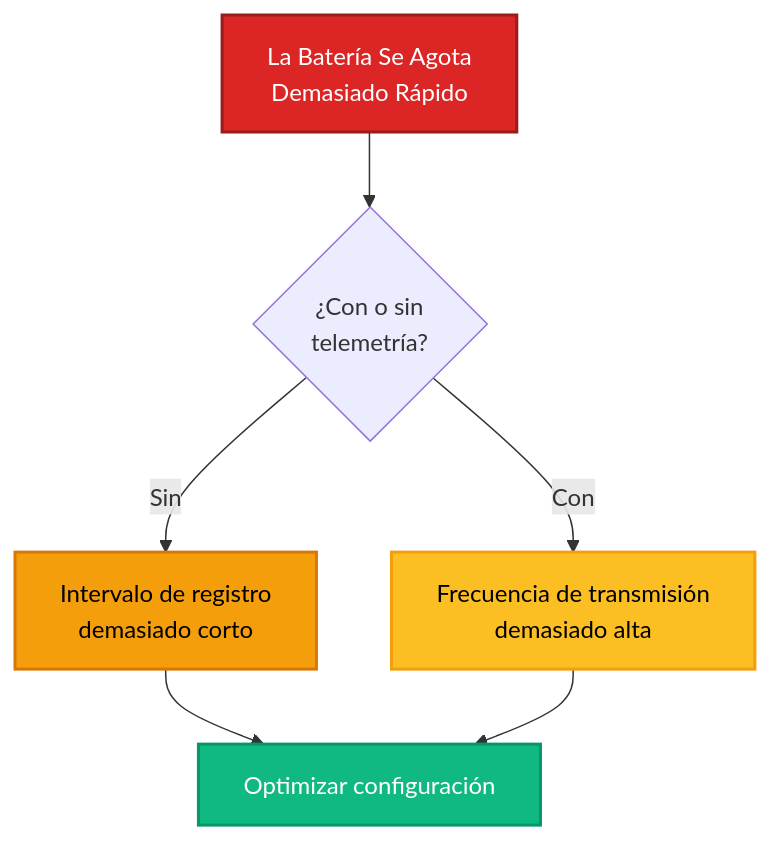
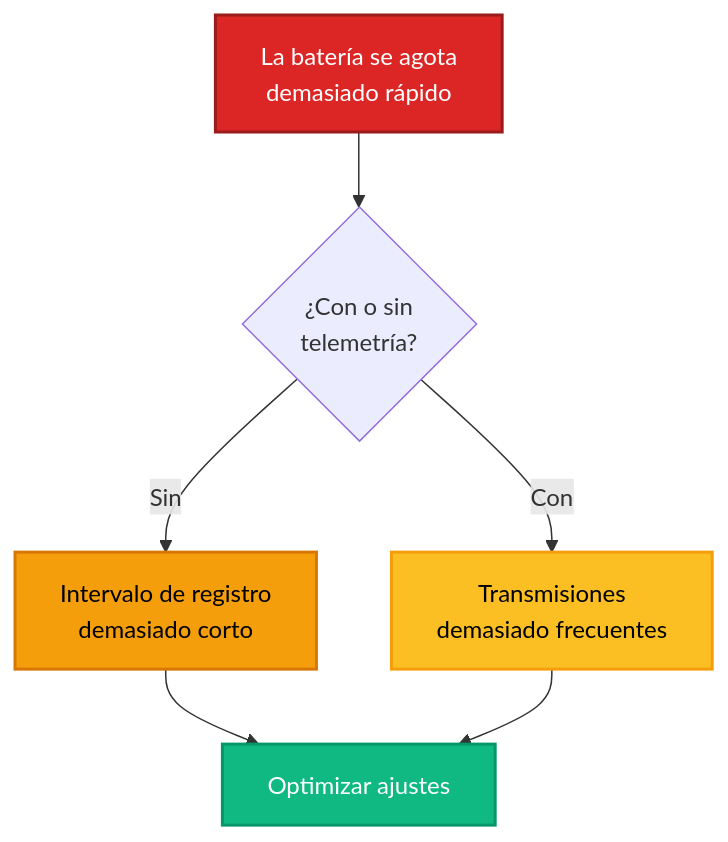
One commit to ICHydro/Riverlabs changed the fourth of 5 diagrams in docs/es/operation/troubleshooting/diagnostic-flowcharts.md. Above: the diagram before and after it, drawn with Mermaid. The commit also changed other lines of this file and 33 other files, not shown here.

````diff
--- a/docs/es/operation/troubleshooting/diagnostic-flowcharts.md
+++ b/docs/es/operation/troubleshooting/diagnostic-flowcharts.md
@@ -336,13 +336,13 @@
 ```mermaid
 flowchart TD
-    A[La Batería Se Agota<br/>Demasiado Rápido] --> B{¿Con o sin<br/>telemetría?}
+    A[La batería se agota<br/>demasiado rápido] --> B{¿Con o sin<br/>telemetría?}
     B -->|Sin| C[Intervalo de registro<br/>demasiado corto]
-    B -->|Con| D[Frecuencia de transmisión<br/>demasiado alta]
-    C --> E[Optimizar configuración]
+    B -->|Con| D[Transmisiones<br/>demasiado frecuentes]
+    C --> E[Optimizar ajustes]
     D --> E
     
     style A fill:#dc2626,stroke:#991b1b,stroke-width:2px,color:#fff
     style C fill:#f59e0b,stroke:#d97706,stroke-width:2px,color:#000
     style D fill:#fbbf24,stroke:#f59e0b,stroke-width:2px,color:#000
     style E fill:#10b981,stroke:#059669,stroke-width:2px,color:#fff
 ```
````
